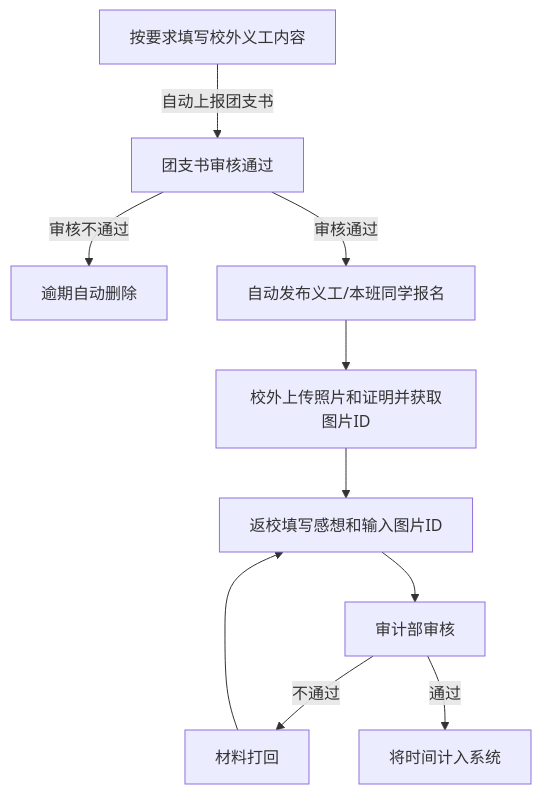
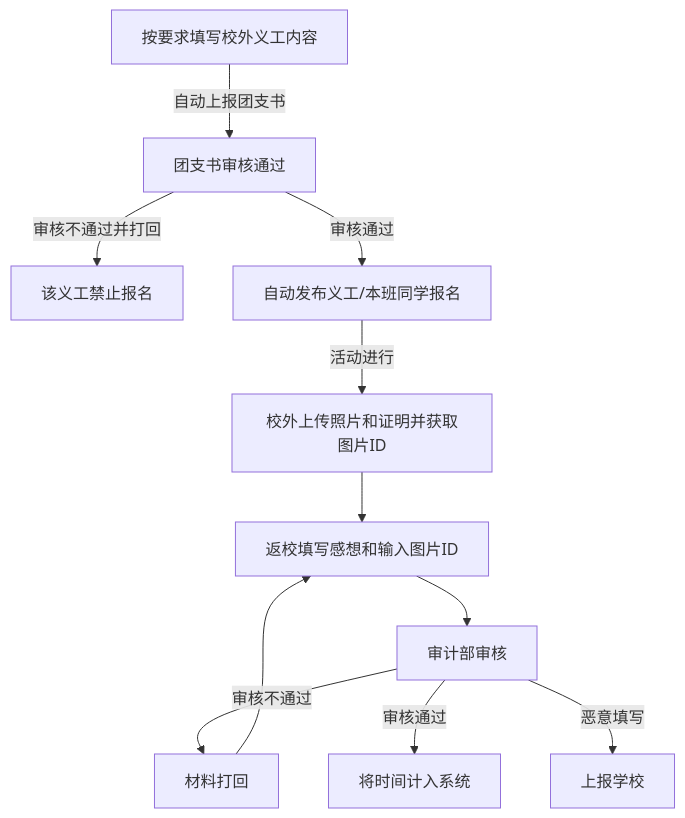
The first of 4 diagrams in web/src/docs/content/flowchart/content.md (zvms/zvms2), drawn with Mermaid before and after one commit. The commit also changed other lines of this file and 29 other files, not shown here.

````diff
--- a/web/src/docs/content/flowchart/content.md
+++ b/web/src/docs/content/flowchart/content.md
@@ -8,12 +8,13 @@
 ```mermaid
 graph TD;
 按要求填写校外义工内容-->|自动上报团支书|团支书审核通过;
-团支书审核通过-->|审核不通过|逾期自动删除;
+团支书审核通过-->|审核不通过并打回|该义工禁止报名;
 团支书审核通过-->|审核通过|自动发布义工/本班同学报名;
-自动发布义工/本班同学报名-->校外上传照片和证明并获取图片ID;
+自动发布义工/本班同学报名-->|活动进行|校外上传照片和证明并获取图片ID;
 校外上传照片和证明并获取图片ID-->返校填写感想和输入图片ID;
 返校填写感想和输入图片ID-->审计部审核;
-审计部审核-->|不通过|材料打回;
+审计部审核-->|审核不通过|材料打回;
 材料打回-->返校填写感想和输入图片ID;
-审计部审核-->|通过|将时间计入系统;
+审计部审核-->|审核通过|将时间计入系统;
+审计部审核-->|恶意填写|上报学校;
 ```
````
